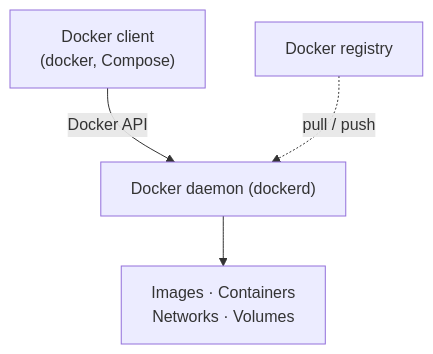
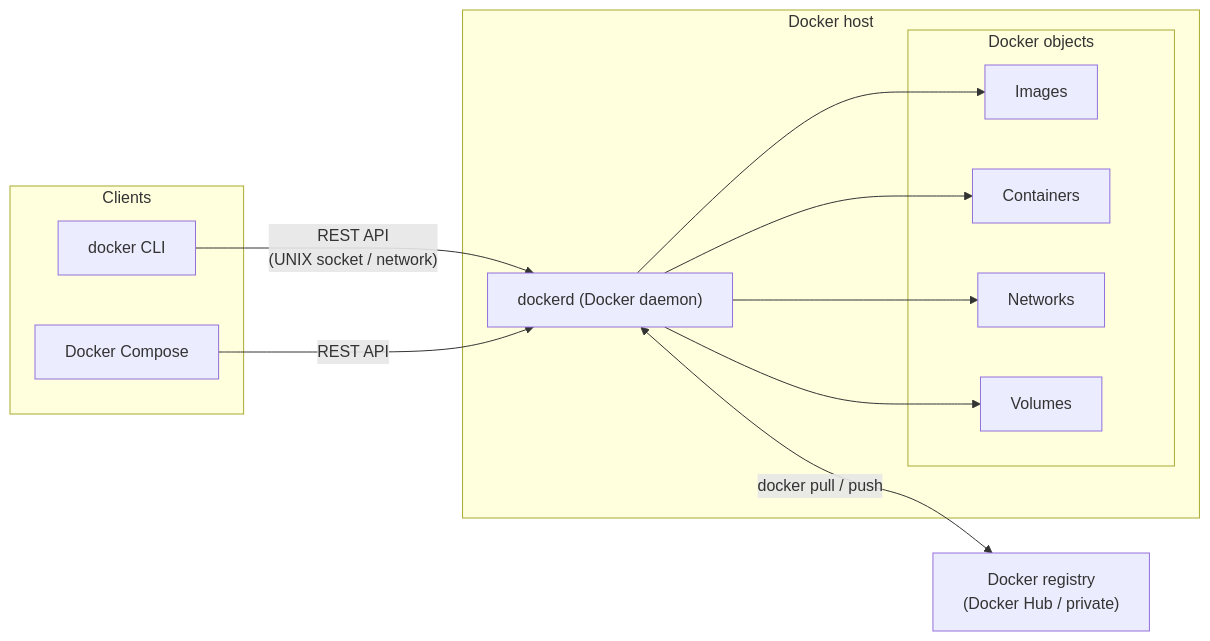
Before and after one commit to phsnia/dotfiles: the first of 2 diagrams in docker/docs/1-fundamentals.md, drawn with Mermaid. The commit also changed other lines of this file, not shown here.

````diff
--- a/docker/docs/1-fundamentals.md
+++ b/docker/docs/1-fundamentals.md
@@ -19,6 +46,27 @@
 ```mermaid
-flowchart
-    C["Docker client<br/>(docker, Compose)"] -->|Docker API| D["Docker daemon (dockerd)"]
-    D --> O["Images · Containers<br/>Networks · Volumes"]
-    R["Docker registry"] -.->|pull / push| D
+flowchart LR
+    subgraph client["Clients"]
+        cli["docker CLI"]
+        compose["Docker Compose"]
+    end
+
+    subgraph host["Docker host"]
+        dockerd["dockerd (Docker daemon)"]
+        subgraph objects["Docker objects"]
+            images["Images"]
+            containers["Containers"]
+            networks["Networks"]
+            volumes["Volumes"]
+        end
+    end
+
+    registry["Docker registry<br/>(Docker Hub / private)"]
+
+    cli -- "REST API<br/>(UNIX socket / network)" --> dockerd
+    compose -- "REST API" --> dockerd
+    dockerd --> images
+    dockerd --> containers
+    dockerd --> networks
+    dockerd --> volumes
+    dockerd <-- "docker pull / push" --> registry
 ```
````
